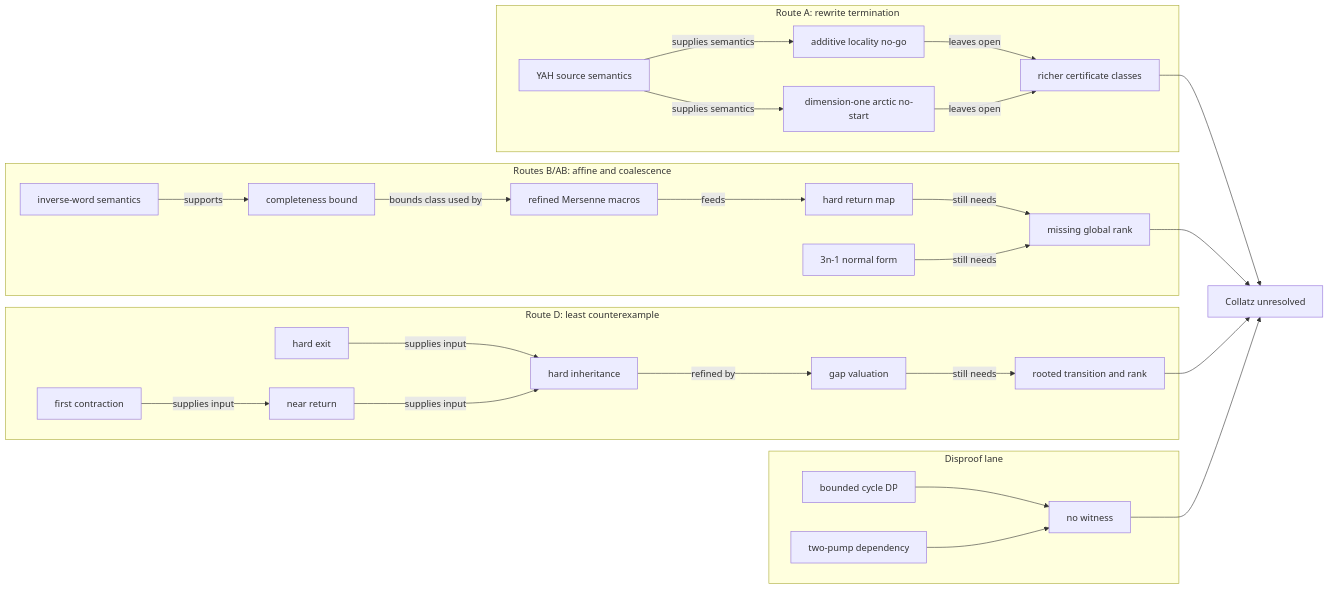
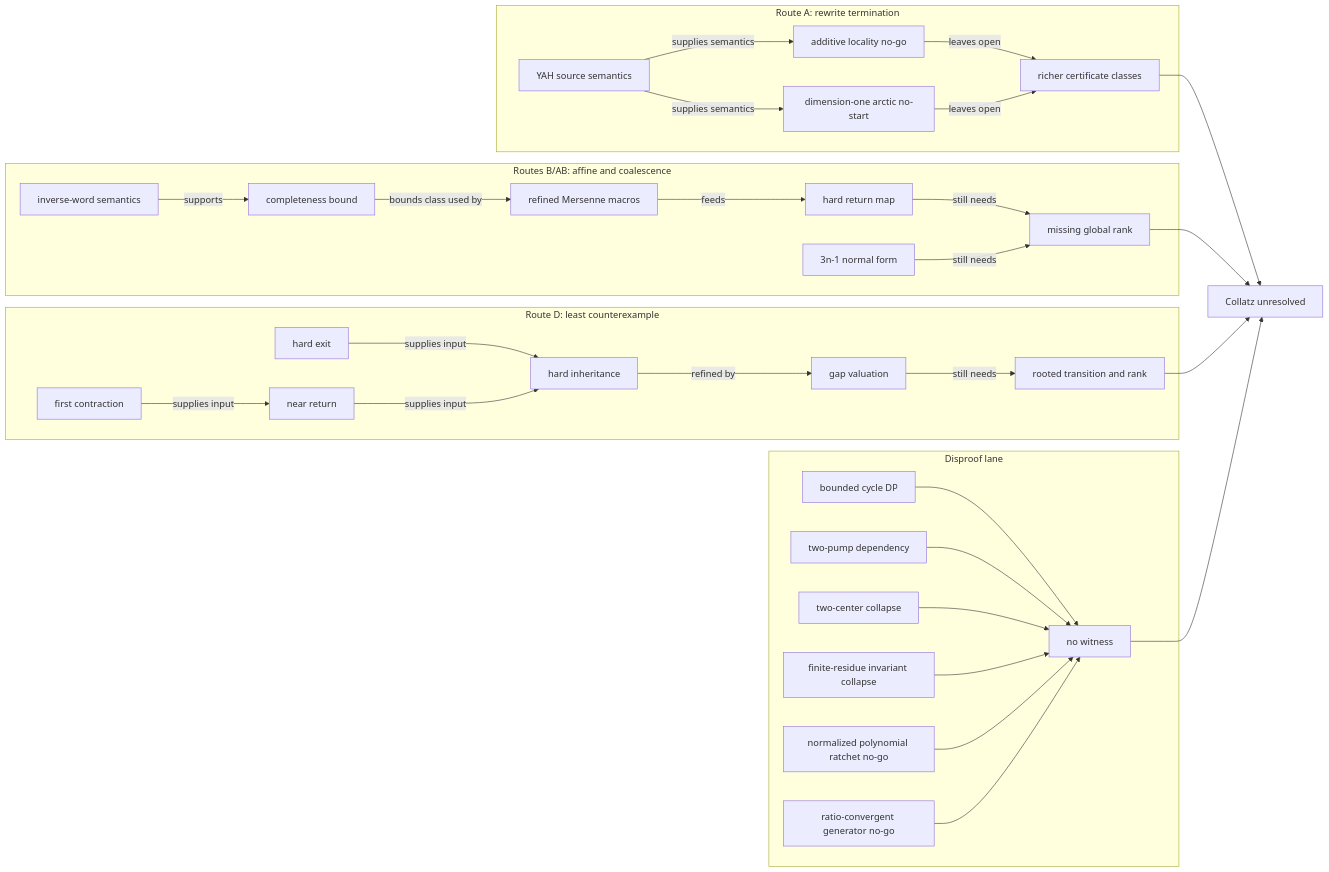
One commit to Sodelin/Collatz-Conjecture-Work changed the diagram in ATLAS.md. Above: the diagram before and after it, drawn with Mermaid. The commit also changed other lines of this file and 18 other files, not shown here.

````diff
--- a/ATLAS.md
+++ b/ATLAS.md
@@ -36,38 +36,42 @@
 ```mermaid
 flowchart LR
   G0["Collatz unresolved"]
 
   subgraph A["Route A: rewrite termination"]
     YS["YAH source semantics"] -->|supplies semantics| AL["additive locality no-go"]
     YS -->|supplies semantics| AN["dimension-one arctic no-start"]
     AL -->|leaves open| A2["richer certificate classes"]
     AN -->|leaves open| A2
   end
 
   subgraph AB["Routes B/AB: affine and coalescence"]
     L4["inverse-word semantics"] -->|supports| L5["completeness bound"]
     L5 -->|bounds class used by| L13["refined Mersenne macros"]
     L13 -->|feeds| HR["hard return map"]
     NF["3n-1 normal form"]
     HR -->|still needs| RANK["missing global rank"]
     NF -->|still needs| RANK
   end
 
   subgraph D["Route D: least counterexample"]
     L9["first contraction"] -->|supplies input| L10["near return"]
     L6["hard exit"] -->|supplies input| L11["hard inheritance"]
     L10 -->|supplies input| L11
     L11 -->|refined by| L12["gap valuation"]
     L12 -->|still needs| ROOT["rooted transition and rank"]
   end
 
   subgraph E["Disproof lane"]
     DP["bounded cycle DP"] --> EW["no witness"]
     TP["two-pump dependency"] --> EW
+    BC["two-center collapse"] --> EW
+    FR["finite-residue invariant collapse"] --> EW
+    PR["normalized polynomial ratchet no-go"] --> EW
+    SR["ratio-convergent generator no-go"] --> EW
   end
 
   A2 --> G0
   RANK --> G0
   ROOT --> G0
   EW --> G0
 ```
````
